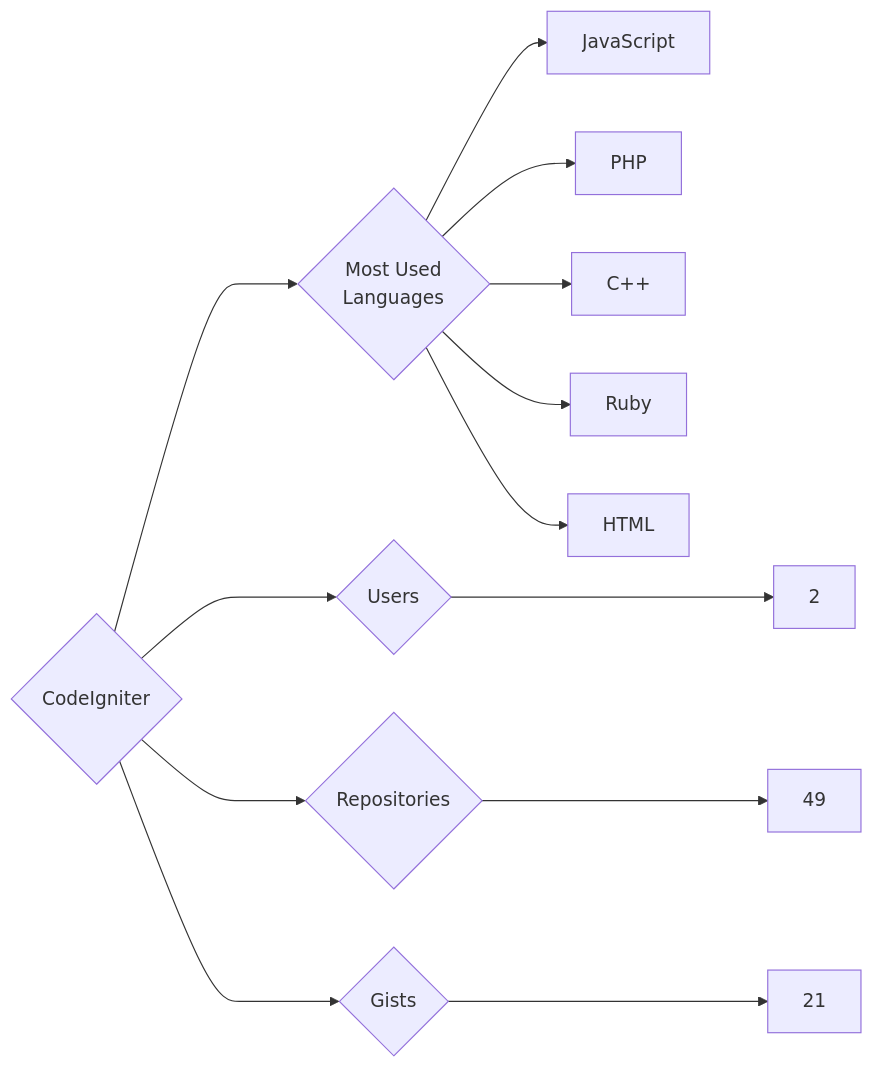
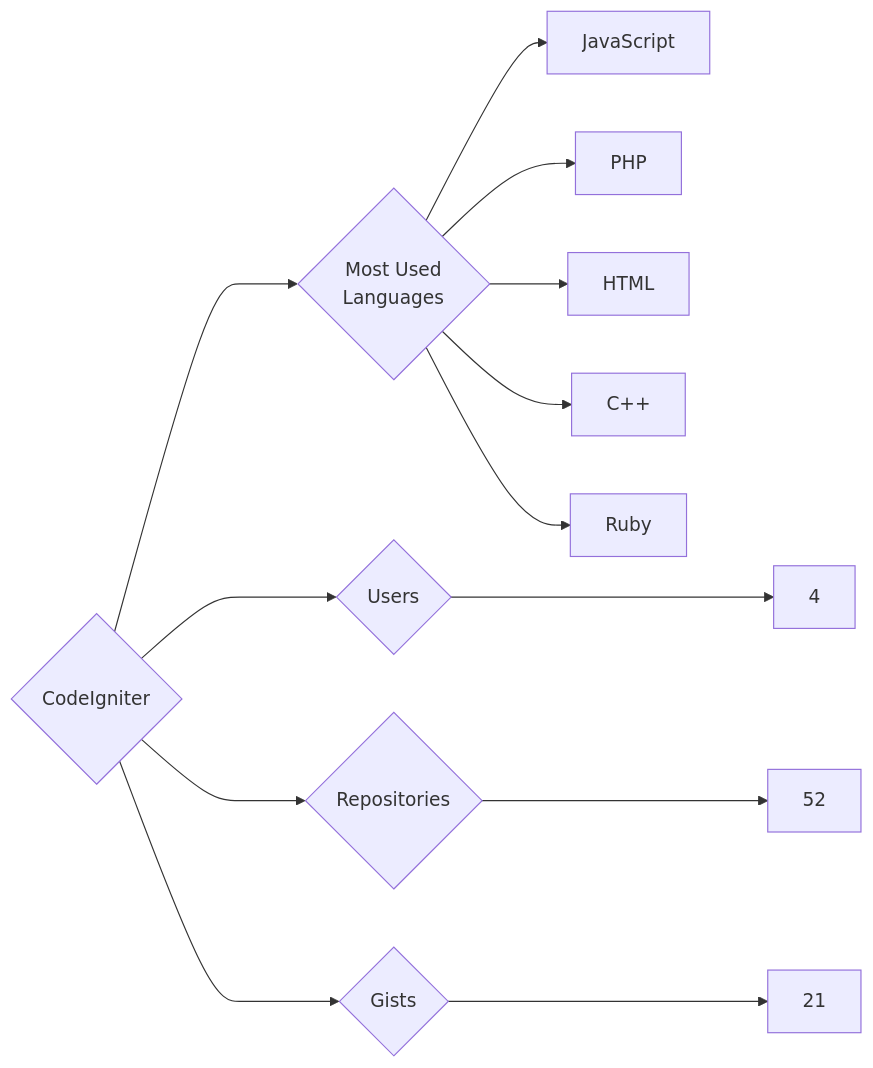
The diagram in targets/CodeIgniter/README.md (trickest/insiders), drawn with Mermaid before and after one commit. The commit also changed 679 other files, not shown here.

````diff
--- a/targets/CodeIgniter/README.md
+++ b/targets/CodeIgniter/README.md
@@ -3,13 +3,13 @@
 ```mermaid
 graph LR
 COMPANY_NAME{CodeIgniter}
-COMPANY_NAME ---> U{Users} ---> UN[2]
-COMPANY_NAME ---> R{Repositories} ---> RN[49]
+COMPANY_NAME ---> U{Users} ---> UN[4]
+COMPANY_NAME ---> R{Repositories} ---> RN[52]
 COMPANY_NAME ---> G{Gists} ---> GN[21]
 COMPANY_NAME ---> ML{Most Used<br>Languages}
 ML --> JavaScript[JavaScript]
 ML --> PHP[PHP]
+ML --> HTML[HTML]
 ML --> C++[C++]
 ML --> Ruby[Ruby]
-ML --> HTML[HTML]
 ```
````
